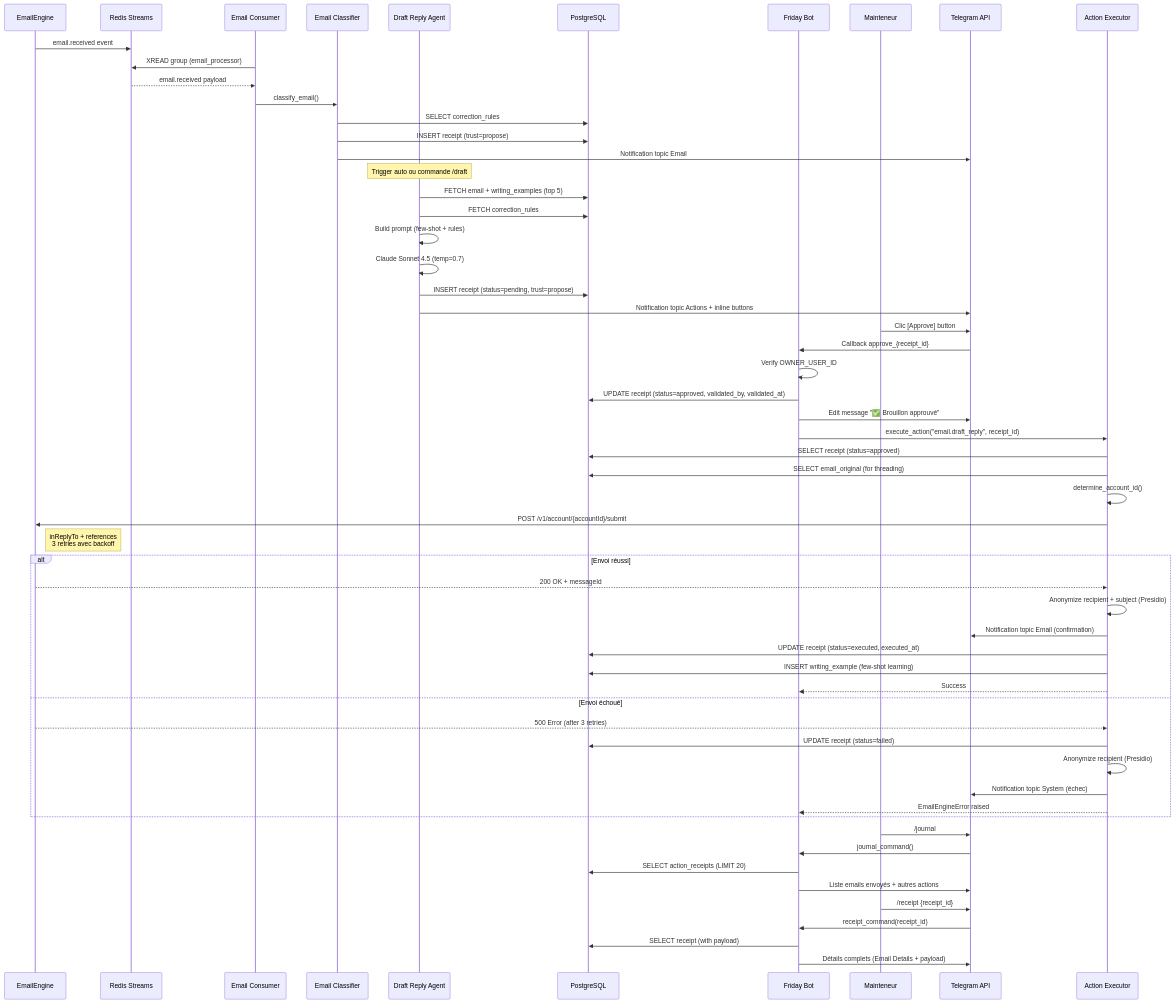
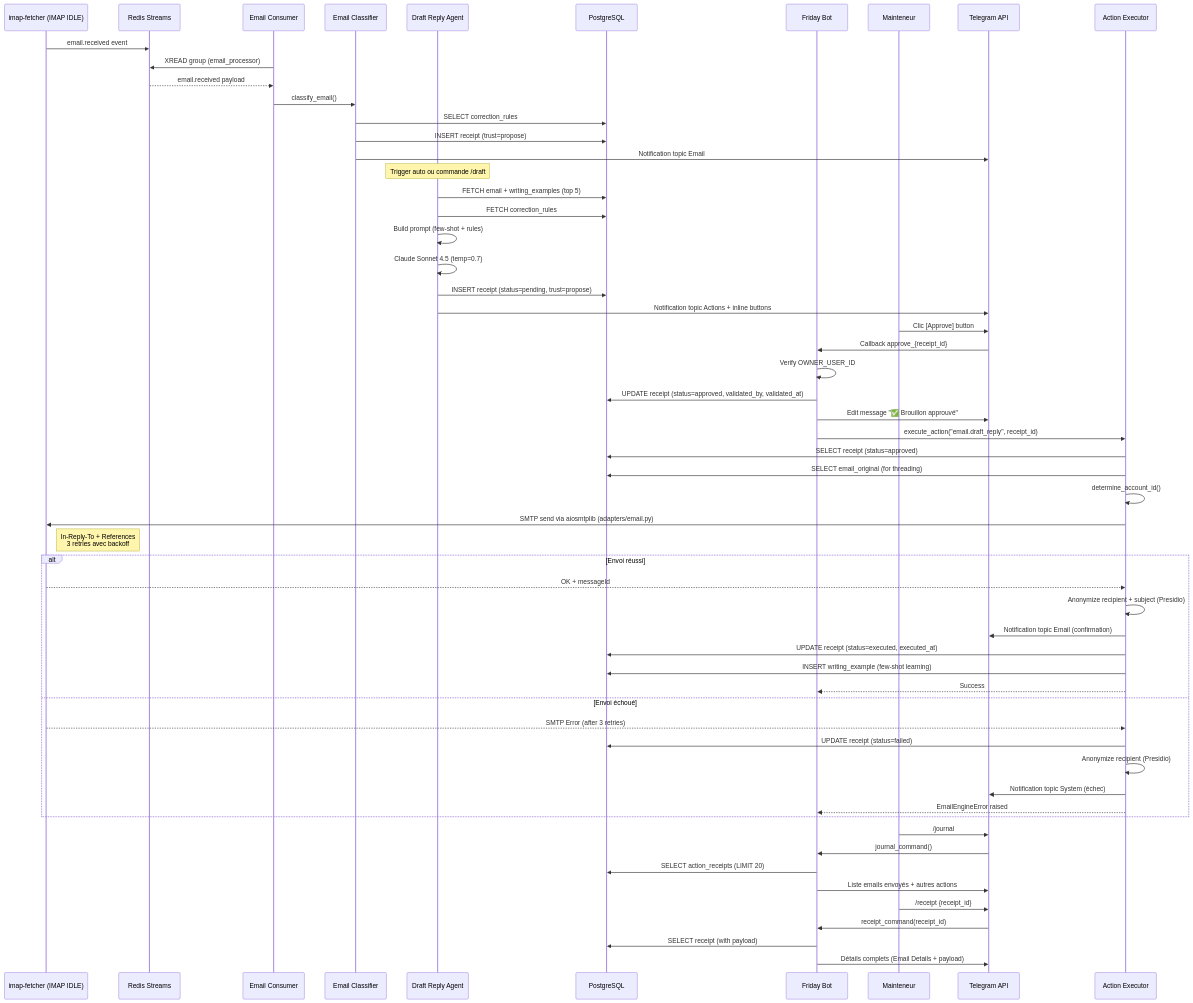
One commit to Masterplan16/Friday-2.0 changed the diagram in docs/email-send-workflow.md. Above: the diagram before and after it, drawn with Mermaid. The commit also changed other lines of this file and 92 other files, not shown here.

First line of the commit message:
feat(email-adapter): implement Decision D25 - replace EmailEngine with IMAP direct

````diff
--- a/docs/email-send-workflow.md
+++ b/docs/email-send-workflow.md
@@ -21,74 +21,74 @@
 ```mermaid
 sequenceDiagram
-    participant EmailEngine as EmailEngine
+    participant IMAPFetcher as imap-fetcher (IMAP IDLE)
     participant RedisStreams as Redis Streams
     participant Consumer as Email Consumer
     participant Classifier as Email Classifier
     participant DraftAgent as Draft Reply Agent
     participant DB as PostgreSQL
     participant Bot as Friday Bot
     participant Mainteneur as Mainteneur
     participant Telegram as Telegram API
     participant ActionExecutor as Action Executor
 
-    %% Réception email (Story 2.1)
-    EmailEngine->>RedisStreams: email.received event
+    %% Réception email (Story 2.1) [D25 : IMAP direct remplace EmailEngine]
+    IMAPFetcher->>RedisStreams: email.received event
     Consumer->>RedisStreams: XREAD group (email_processor)
     RedisStreams-->>Consumer: email.received payload
 
     %% Classification (Story 2.2)
     Consumer->>Classifier: classify_email()
     Classifier->>DB: SELECT correction_rules
     Classifier->>DB: INSERT receipt (trust=propose)
     Classifier->>Telegram: Notification topic Email
 
     %% Génération brouillon (Story 2.5)
     Note over DraftAgent: Trigger auto ou commande /draft
     DraftAgent->>DB: FETCH email + writing_examples (top 5)
     DraftAgent->>DB: FETCH correction_rules
     DraftAgent->>DraftAgent: Build prompt (few-shot + rules)
     DraftAgent->>DraftAgent: Claude Sonnet 4.5 (temp=0.7)
     DraftAgent->>DB: INSERT receipt (status=pending, trust=propose)
     DraftAgent->>Telegram: Notification topic Actions + inline buttons
 
     %% Validation Mainteneur (Story 2.6)
     Mainteneur->>Telegram: Clic [Approve] button
     Telegram->>Bot: Callback approve_{receipt_id}
     Bot->>Bot: Verify OWNER_USER_ID
     Bot->>DB: UPDATE receipt (status=approved, validated_by, validated_at)
     Bot->>Telegram: Edit message "✅ Brouillon approuvé"
     Bot->>ActionExecutor: execute_action("email.draft_reply", receipt_id)
 
-    %% Envoi EmailEngine (Story 2.6)
+    %% Envoi SMTP direct (Story 2.6) [D25 : aiosmtplib remplace EmailEngine API]
     ActionExecutor->>DB: SELECT receipt (status=approved)
     ActionExecutor->>DB: SELECT email_original (for threading)
     ActionExecutor->>ActionExecutor: determine_account_id()
-    ActionExecutor->>EmailEngine: POST /v1/account/{accountId}/submit
-    Note right of EmailEngine: inReplyTo + references<br/>3 retries avec backoff
+    ActionExecutor->>IMAPFetcher: SMTP send via aiosmtplib (adapters/email.py)
+    Note right of IMAPFetcher: In-Reply-To + References<br/>3 retries avec backoff
 
     alt Envoi réussi
-        EmailEngine-->>ActionExecutor: 200 OK + messageId
+        IMAPFetcher-->>ActionExecutor: OK + messageId
         ActionExecutor->>ActionExecutor: Anonymize recipient + subject (Presidio)
         ActionExecutor->>Telegram: Notification topic Email (confirmation)
         ActionExecutor->>DB: UPDATE receipt (status=executed, executed_at)
         ActionExecutor->>DB: INSERT writing_example (few-shot learning)
         ActionExecutor-->>Bot: Success
     else Envoi échoué
-        EmailEngine-->>ActionExecutor: 500 Error (after 3 retries)
+        IMAPFetcher-->>ActionExecutor: SMTP Error (after 3 retries)
         ActionExecutor->>DB: UPDATE receipt (status=failed)
         ActionExecutor->>ActionExecutor: Anonymize recipient (Presidio)
         ActionExecutor->>Telegram: Notification topic System (échec)
         ActionExecutor-->>Bot: EmailEngineError raised
     end
 
     %% Consultation historique (Story 2.6)
     Mainteneur->>Telegram: /journal
     Telegram->>Bot: journal_command()
     Bot->>DB: SELECT action_receipts (LIMIT 20)
     Bot->>Telegram: Liste emails envoyés + autres actions
 
     Mainteneur->>Telegram: /receipt {receipt_id}
     Telegram->>Bot: receipt_command(receipt_id)
     Bot->>DB: SELECT receipt (with payload)
     Bot->>Telegram: Détails complets (Email Details + payload)
 ```
````
